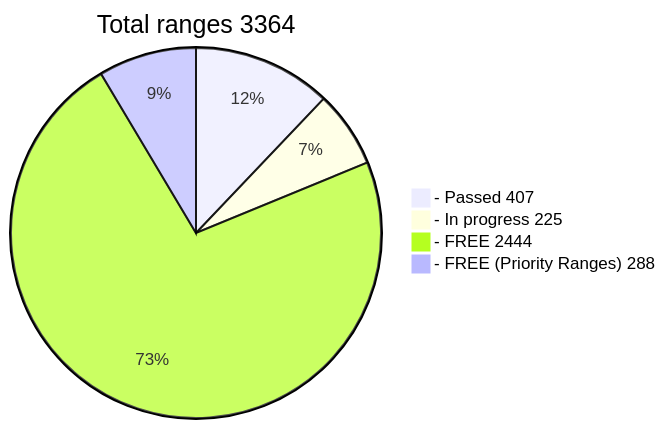
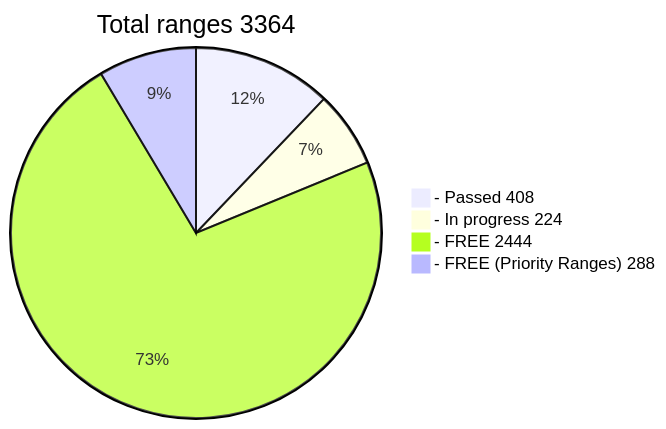
The diagram in README.md (phrutis/wif500), drawn with Mermaid before and after one commit.

````diff
--- a/README.md
+++ b/README.md
@@ -16,7 +16,7 @@
 ```mermaid
 pie title Total ranges 3364
-  "- Passed 407" : 407
-  "- In progress 225" : 225
+  "- Passed 408" : 408
+  "- In progress 224" : 224
   "- FREE 2444" : 2444
   "- FREE (Priority Ranges) 288" : 288
 ```
````
